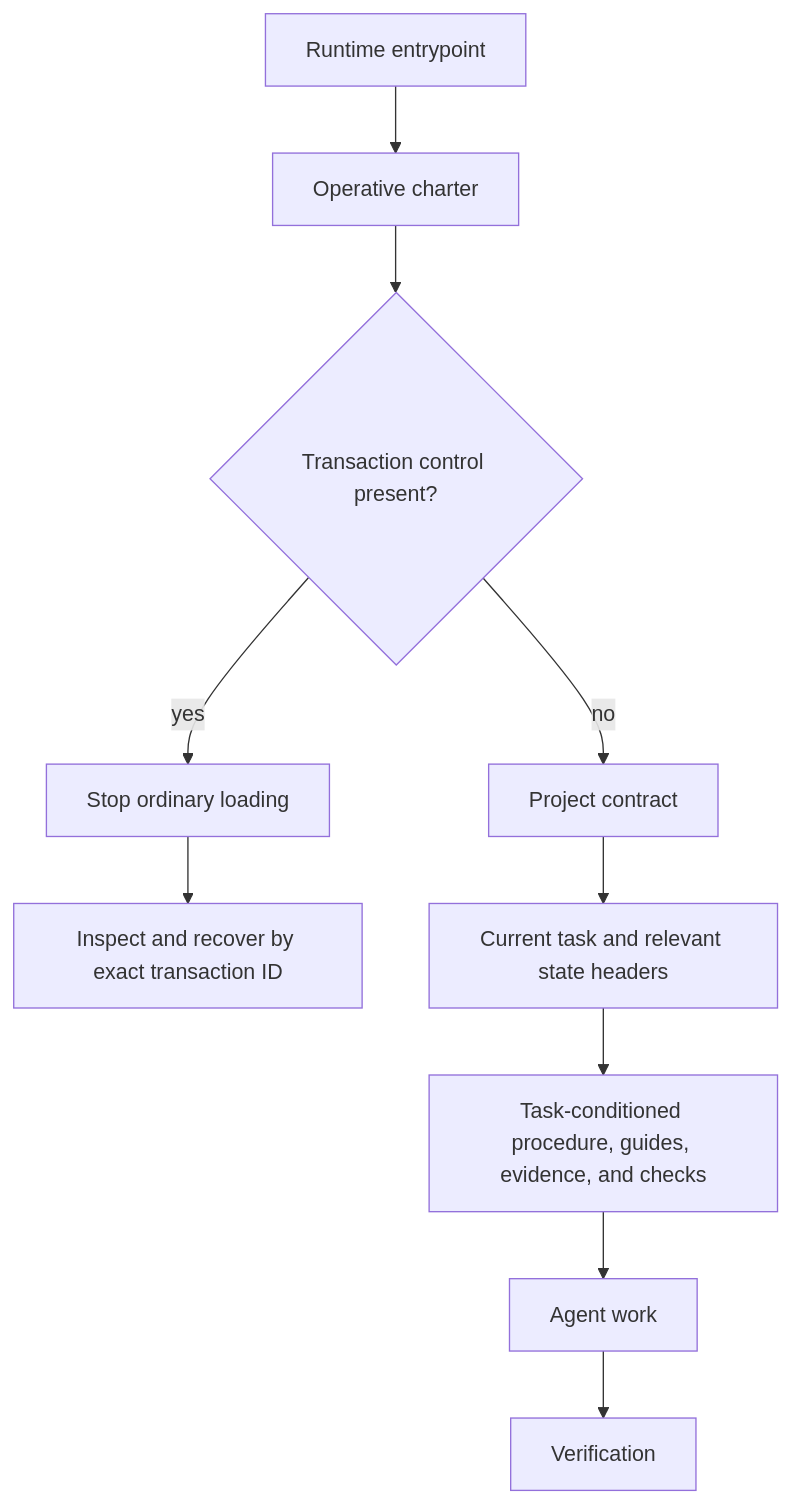
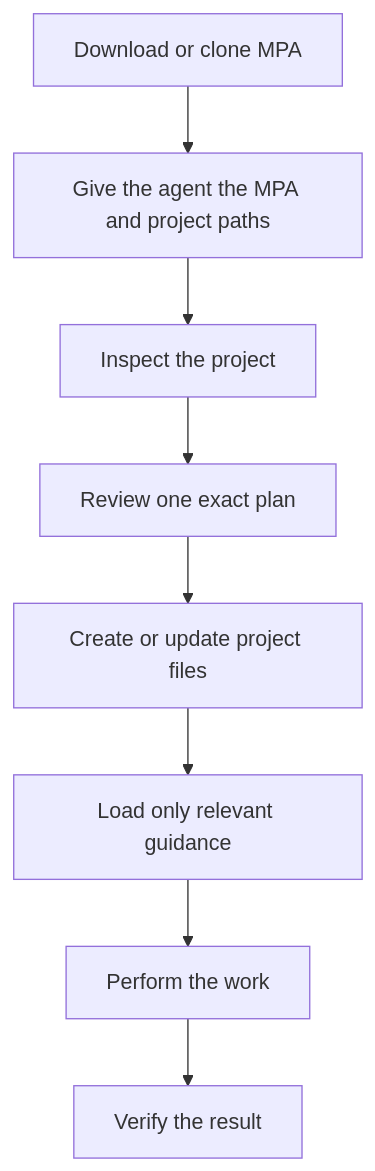
One commit to laurenzpavlosmalisianos/master-prompt-agreement changed the first of 2 diagrams in README.md. Above: the diagram before and after it, drawn with Mermaid. The commit also changed other lines of this file and 1 other file, not shown here.

````diff
--- a/README.md
+++ b/README.md
@@ -27,12 +82,10 @@
 ```mermaid
 flowchart TB
-  A["Runtime entrypoint"] --> B["Operative charter"]
-  B --> C{"Transaction control present?"}
-  C -- "yes" --> D["Stop ordinary loading"]
-  D --> E["Inspect and recover by exact transaction ID"]
-  C -- "no" --> F["Project contract"]
-  F --> G["Current task and relevant state headers"]
-  G --> H["Task-conditioned procedure, guides, evidence, and checks"]
-  H --> I["Agent work"]
-  I --> J["Verification"]
+  A["Download or clone MPA"] --> B["Give the agent the MPA and project paths"]
+  B --> C["Inspect the project"]
+  C --> D["Review one exact plan"]
+  D --> E["Create or update project files"]
+  E --> F["Load only relevant guidance"]
+  F --> G["Perform the work"]
+  G --> H["Verify the result"]
 ```
````
